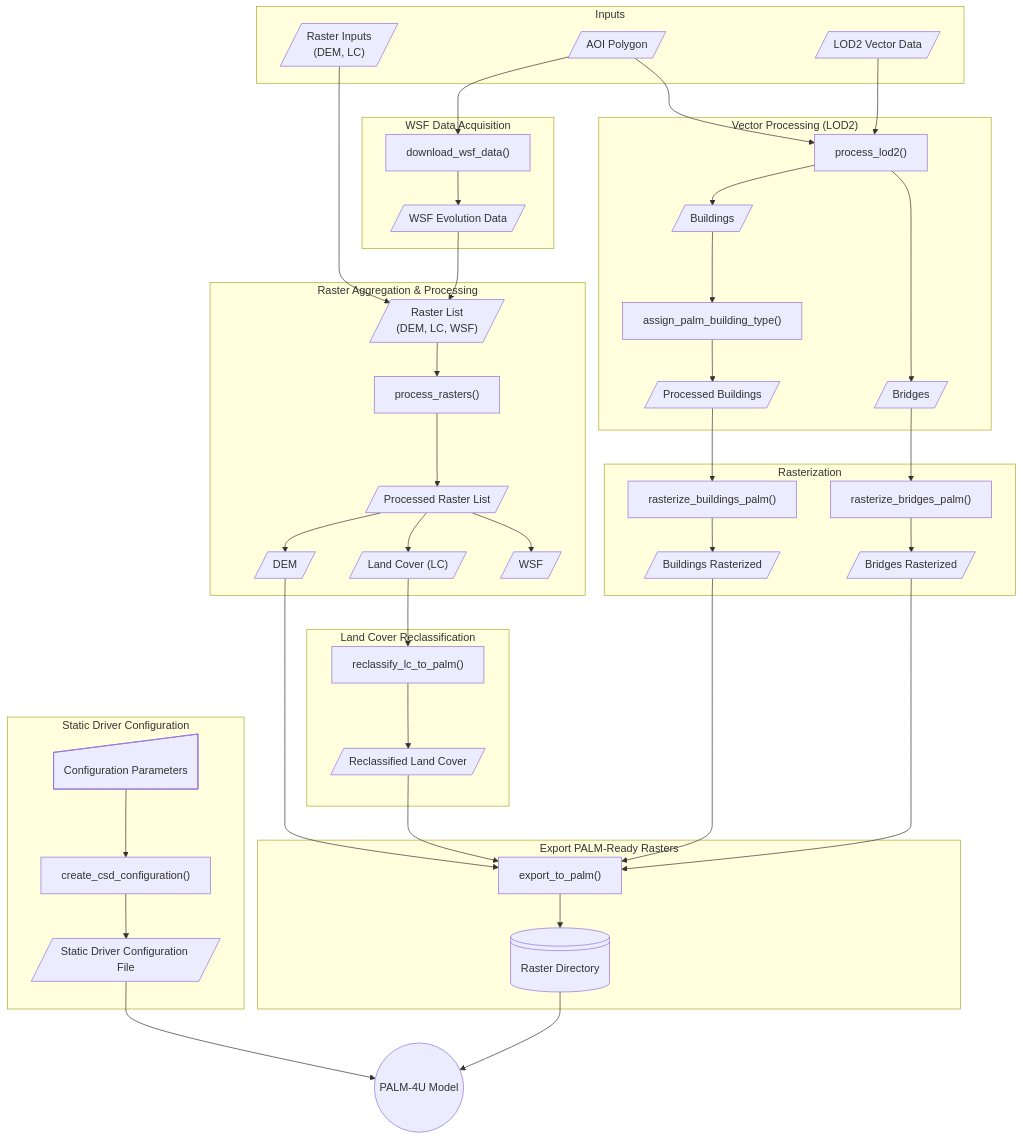
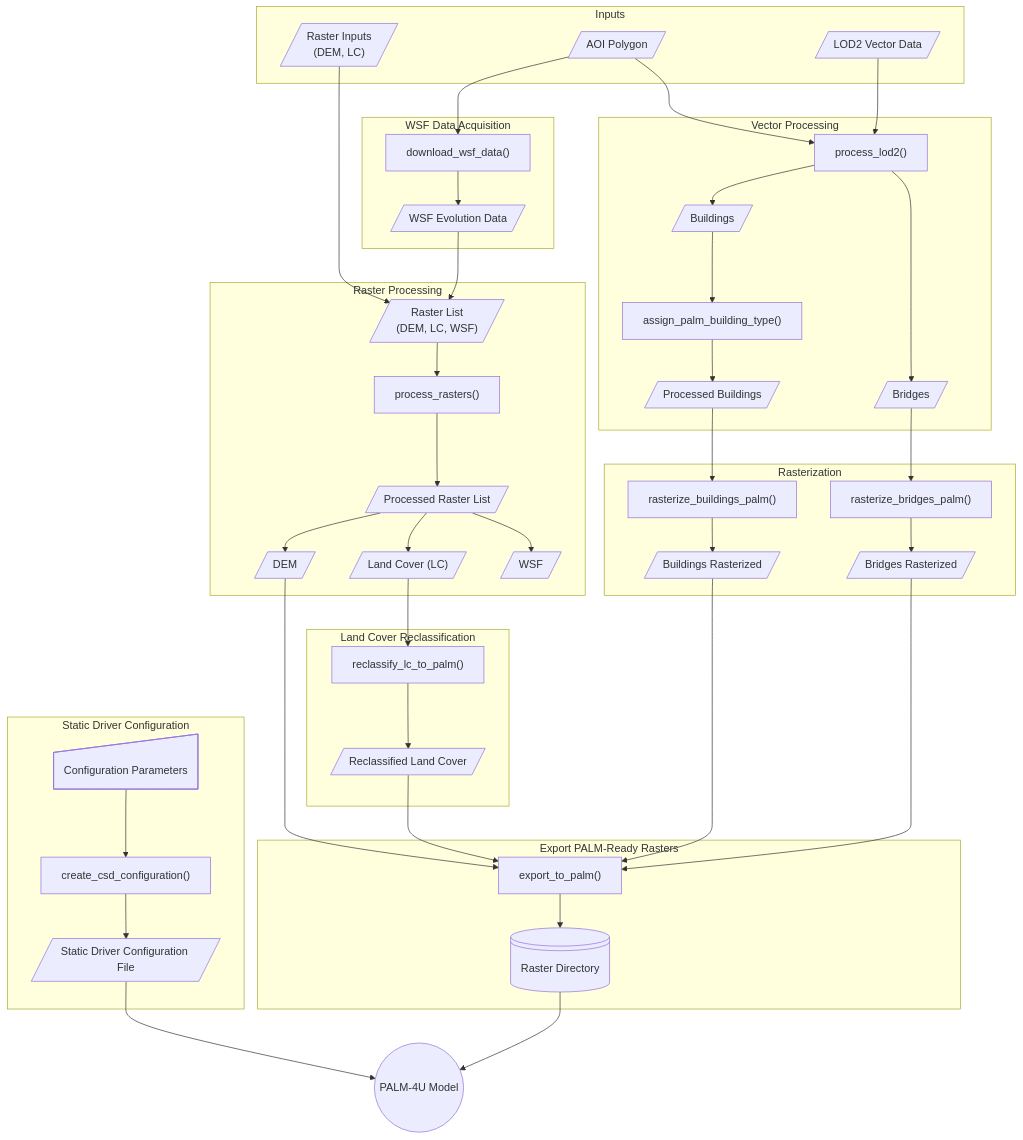
Before and after one commit to davidvoellner/PALMPrepR: the diagram in README.md, drawn with Mermaid. The commit also changed other lines of this file, not shown here.

```diff
--- a/README.md
+++ b/README.md
@@ -113,7 +113,7 @@
     %% =====================================================
     %% Raster Aggregation & Processing
     %% =====================================================
-    subgraph RASTER_PROC["Raster Aggregation & Processing"]
+    subgraph RASTER_PROC["Raster Processing"]
         RASTER_LIST@{shape: lean-r, label: "Raster List<br/>(DEM, LC, WSF)"}
         PROCESS_RASTERS@{shape: rect, label: "process_rasters()"}
         RASTER_PROCESSED@{shape: lean-r, label: "Processed Raster List"}
@@ -143,7 +143,7 @@
     %% =====================================================
     %% Vector Processing (LOD2)
     %% =====================================================
-    subgraph VECTOR_PROC["Vector Processing (LOD2)"]
+    subgraph VECTOR_PROC["Vector Processing"]
         VECTOR_PROC_FN@{shape: rect, label: "process_lod2()"}
         BUILDINGS@{shape: lean-r, label: "Buildings"}
         BRIDGES@{shape: lean-r, label: "Bridges"}
```
